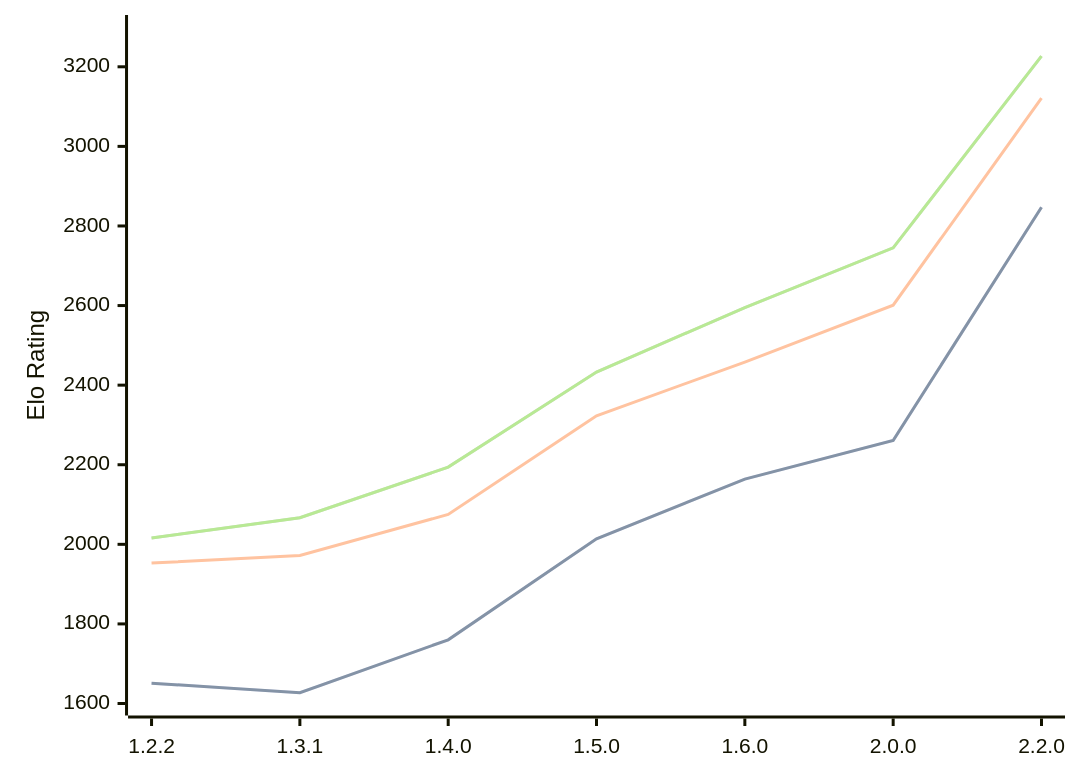
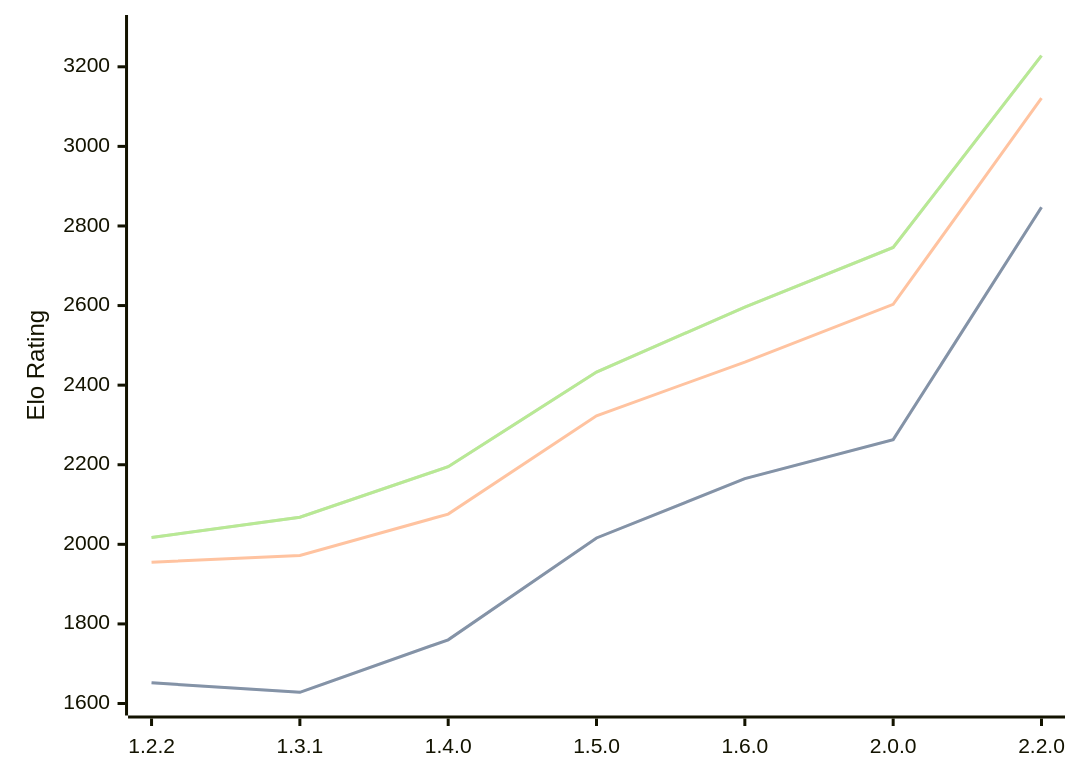
Before and after one commit to computer-chess-index/cci: the diagram in engines/SoloEngine.md, drawn with Mermaid. The commit also changed other lines of this file, not shown here.

Commit message:
Update CCI Ratings (ELO VLTC) - 2026-07-24

````diff
--- a/engines/SoloEngine.md
+++ b/engines/SoloEngine.md
@@ -38,11 +38,11 @@
 ```mermaid
 %%{init: {"theme":"base","themeVariables":{"seriesColors:['#a3a3a3','#222221','#faa371']}}}%%
 xychart-beta
   x-axis ["1.2.2", "1.3.1", "1.4.0", "1.5.0", "1.6.0", "2.0.0", "2.2.0"]
   y-axis "Elo Rating" 1600 --> 3300
-  line "STC (8.0+0.08s)" [1651, 1627, 1760, 2014, 2164, 2261, 2847]
-  line "STC (8.0+0.08s)" [1651, 1627, 1760, 2014, 2164, 2261, 2847]
-  line "LTC (60.0+0.60s)" [1953, 1972, 2075, 2323, 2458, 2601, 3121]
-  line "VLTC (2m24s+1.12s)" [2016, 2067, 2194, 2433, 2595, 2745, 3227]
-  line "VLTC (2m24s+1.12s)" [2016, 2067, 2194, 2433, 2595, 2745, 3227]
+  line "STC (8.0+0.08s)" [1652, 1628, 1760, 2016, 2165, 2263, 2847]
+  line "STC (8.0+0.08s)" [1652, 1628, 1760, 2016, 2165, 2263, 2847]
+  line "LTC (60.0+0.60s)" [1955, 1972, 2076, 2323, 2458, 2603, 3121]
+  line "VLTC (2m24s+1.12s)" [2017, 2068, 2195, 2433, 2596, 2746, 3228]
+  line "VLTC (2m24s+1.12s)" [2017, 2068, 2195, 2433, 2596, 2746, 3228]
 ```
````
